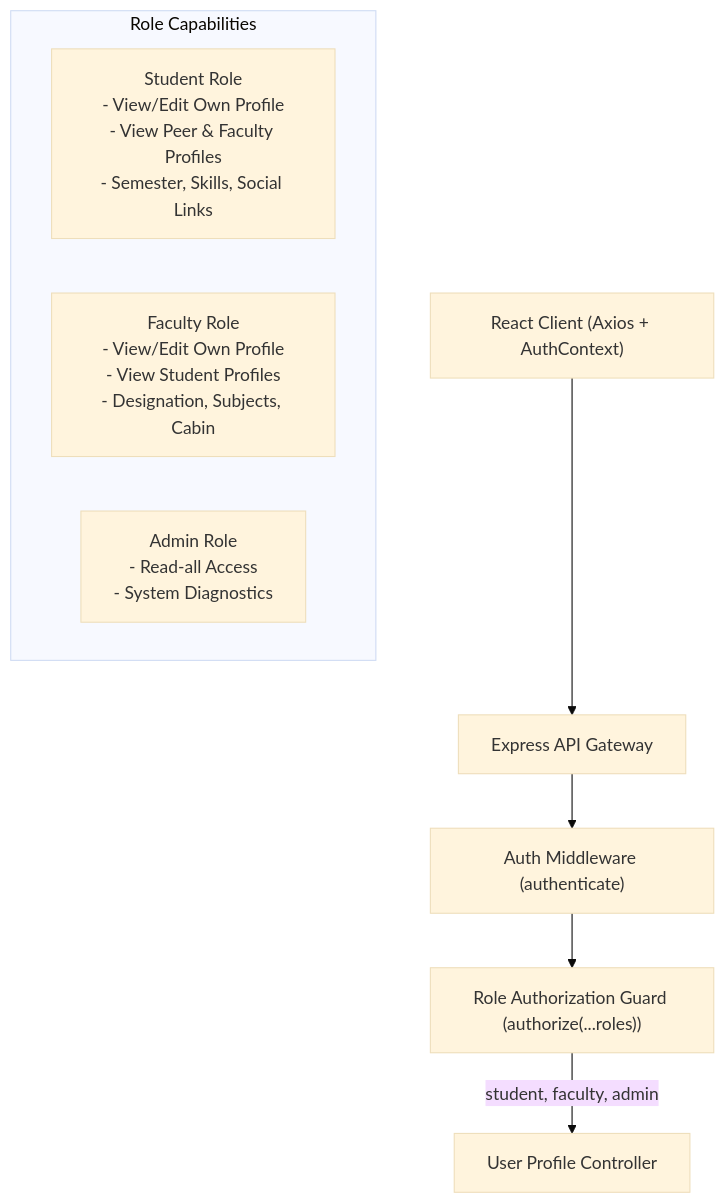
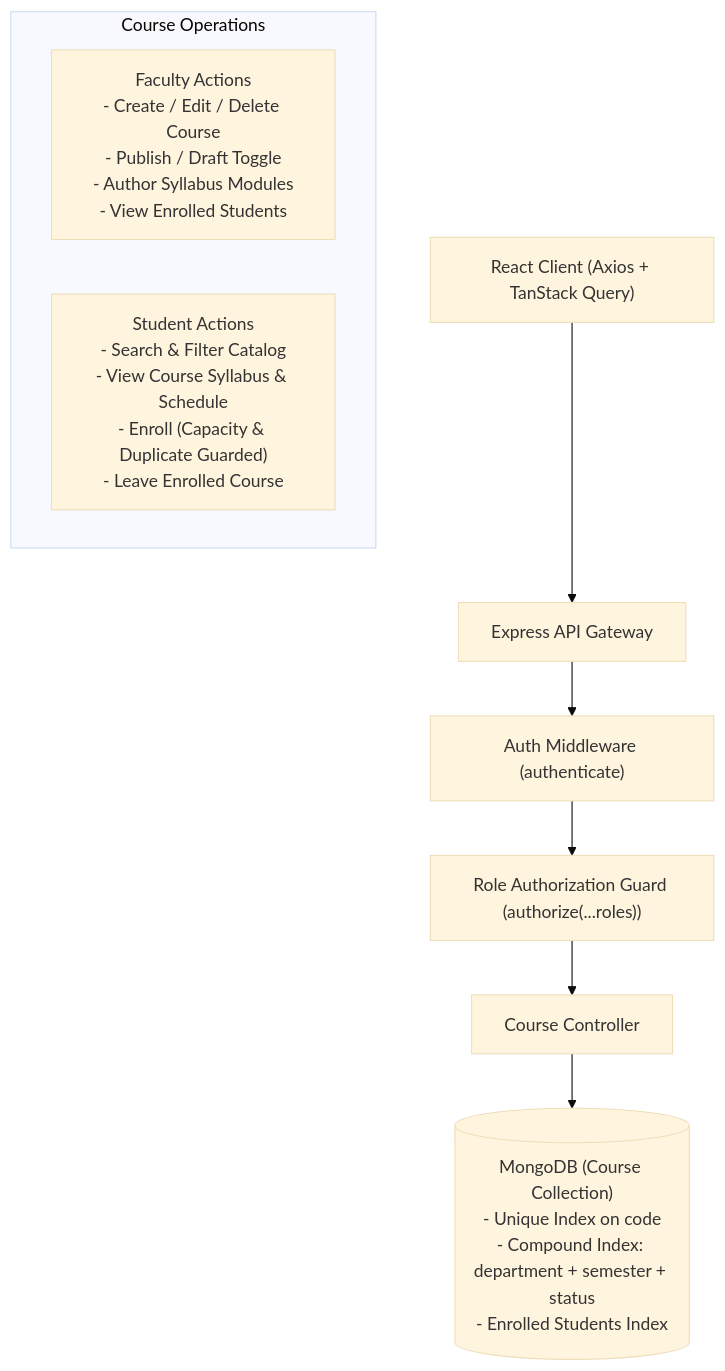
One commit to kubervaidya24-max/CAMPUSFLOW changed the first of 4 diagrams in docs/architecture.md. Above: the diagram before and after it, drawn with Mermaid (base theme). The commit also changed other lines of this file and 16 other files, not shown here.

````diff
--- a/docs/architecture.md
+++ b/docs/architecture.md
@@ -11,15 +11,16 @@
 ```mermaid
 graph TD
-    Client["React Client (Axios + AuthContext)"] --> Gateway["Express API Gateway"]
+    Client["React Client (Axios + TanStack Query)"] --> Gateway["Express API Gateway"]
     
     Gateway --> AuthMiddleware["Auth Middleware (authenticate)"]
-    AuthMiddleware --> RoleMiddleware["Role Authorization Guard (authorize(...roles))"]
+    AuthMiddleware --> RoleGuard["Role Authorization Guard (authorize(...roles))"]
     
-    RoleMiddleware -->|student, faculty, admin| UserCtrl["User Profile Controller"]
+    RoleGuard --> CourseCtrl["Course Controller"]
     
-    subgraph Roles ["Role Capabilities"]
-        Student["Student Role<br/>- View/Edit Own Profile<br/>- View Peer & Faculty Profiles<br/>- Semester, Skills, Social Links"]
-        Faculty["Faculty Role<br/>- View/Edit Own Profile<br/>- View Student Profiles<br/>- Designation, Subjects, Cabin"]
-        Admin["Admin Role<br/>- Read-all Access<br/>- System Diagnostics"]
+    subgraph Operations ["Course Operations"]
+        FacultyOps["Faculty Actions<br/>- Create / Edit / Delete Course<br/>- Publish / Draft Toggle<br/>- Author Syllabus Modules<br/>- View Enrolled Students"]
+        StudentOps["Student Actions<br/>- Search & Filter Catalog<br/>- View Course Syllabus & Schedule<br/>- Enroll (Capacity & Duplicate Guarded)<br/>- Leave Enrolled Course"]
     end
+    
+    CourseCtrl --> CourseModel[("MongoDB (Course Collection)<br/>- Unique Index on code<br/>- Compound Index: department + semester + status<br/>- Enrolled Students Index")]
 ```
````
